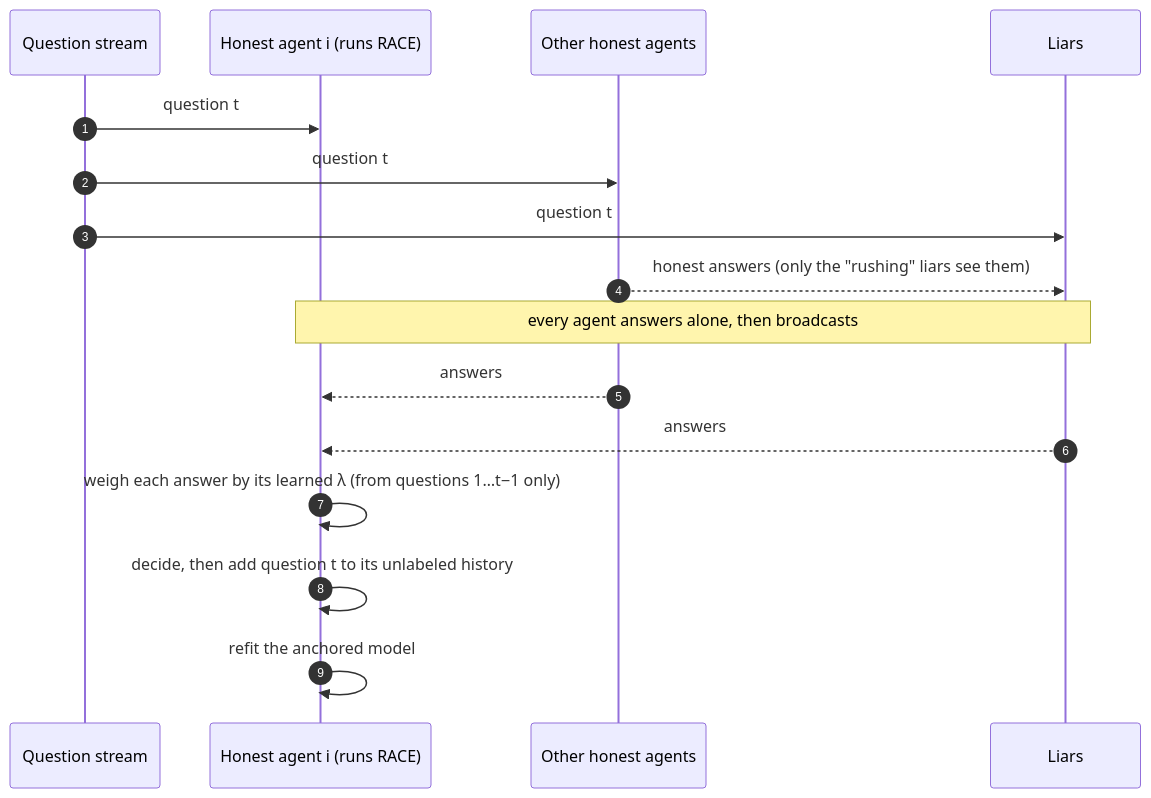
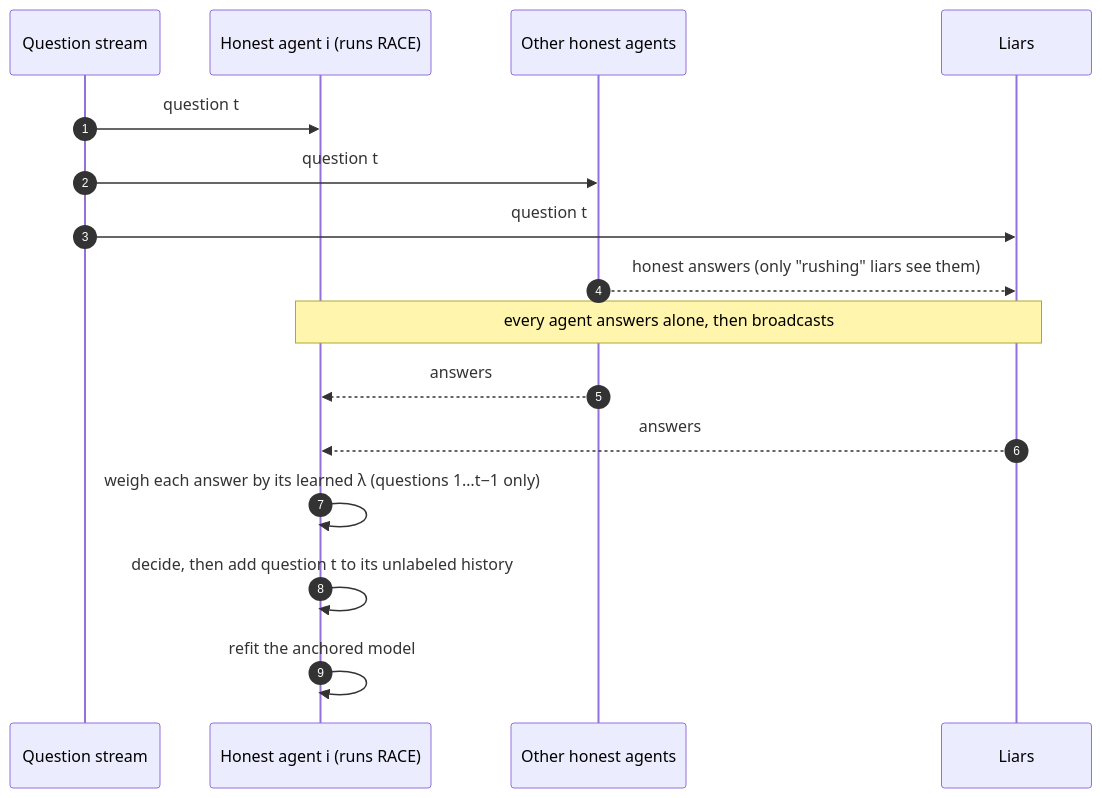
Before and after one commit to Hisernberg/liars-are-information: the second of 5 diagrams in README.md, drawn with Mermaid. The commit also changed other lines of this file and 217 other files, not shown here.

````diff
--- a/README.md
+++ b/README.md
@@ -51,18 +210,18 @@
 ```mermaid
 sequenceDiagram
     autonumber
     participant Q as Question stream
     participant H as Honest agent i (runs RACE)
     participant P as Other honest agents
     participant L as Liars
     Q->>H: question t
     Q->>P: question t
     Q->>L: question t
-    P-->>L: honest answers (only the "rushing" liars see them)
+    P-->>L: honest answers (only "rushing" liars see them)
     Note over H,L: every agent answers alone, then broadcasts
     P-->>H: answers
     L-->>H: answers
-    H->>H: weigh each answer by its learned λ (from questions 1…t−1 only)
+    H->>H: weigh each answer by its learned λ (questions 1…t−1 only)
     H->>H: decide, then add question t to its unlabeled history
     H->>H: refit the anchored model
 ```
````
